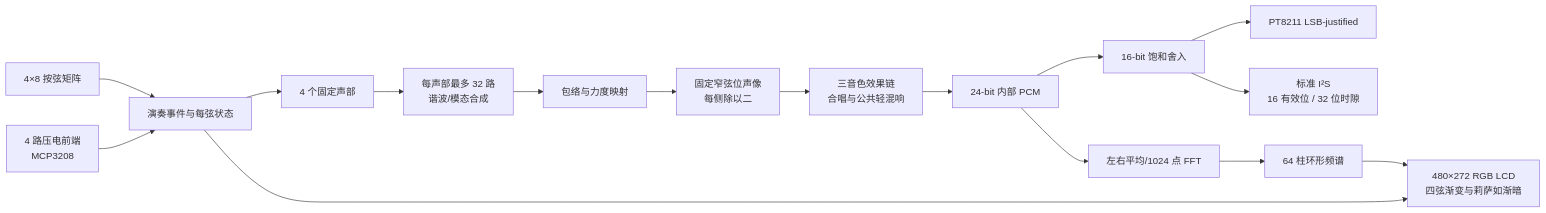
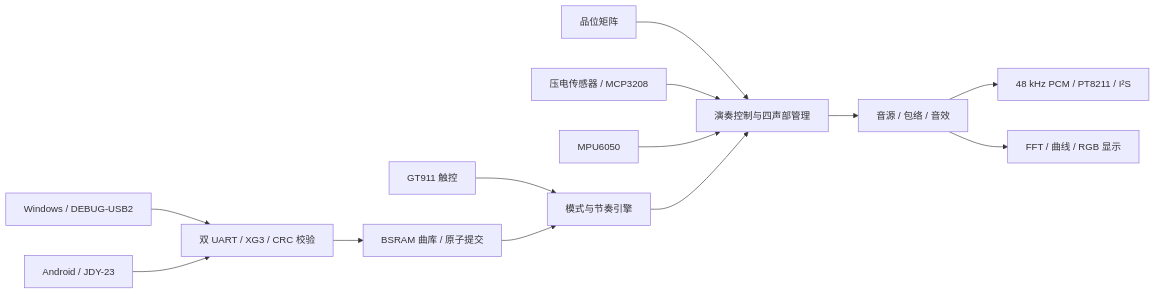
The diagram in README.md (Keyi-1/xinxian-fpga-guitar), drawn with Mermaid before and after one commit. The commit also changed other lines of this file and 1613 other files, not shown here.

````diff
--- a/README.md
+++ b/README.md
@@ -670,18 +110,15 @@
 ```mermaid
 flowchart LR
-    A[4×8 按弦矩阵] --> C[演奏事件与每弦状态]
-    B[4 路压电前端<br/>MCP3208] --> C
-    C --> D[4 个固定声部]
-    D --> E[每声部最多 32 路<br/>谐波/模态合成]
-    E --> F[包络与力度映射]
-    F --> G[固定窄弦位声像<br/>每侧除以二]
-    G --> H[三音色效果链<br/>合唱与公共轻混响]
-    H --> I[24-bit 内部 PCM]
-    I --> J[16-bit 饱和舍入]
-    J --> K[PT8211 LSB-justified]
-    J --> O[标准 I²S<br/>16 有效位 / 32 位时隙]
-    I --> L[左右平均/1024 点 FFT]
-    L --> M[64 柱环形频谱]
-    M --> N[480×272 RGB LCD<br/>四弦渐变与莉萨如渐暗]
-    C --> N
+    F[品位矩阵] --> C[演奏控制与四声部管理]
+    P[压电传感器 / MCP3208] --> C
+    I[MPU6050] --> C
+    C --> S[音源 / 包络 / 音效]
+    S --> A[48 kHz PCM / PT8211 / I²S]
+    S --> D[FFT / 曲线 / RGB 显示]
+    T[GT911 触控] --> U[模式与节奏引擎]
+    U --> C
+    W[Windows / DEBUG-USB2] --> X[双 UART / XG3 / CRC 校验]
+    M[Android / JDY-23] --> X
+    X --> R[BSRAM 曲库 / 原子提交]
+    R --> U
 ```
````
